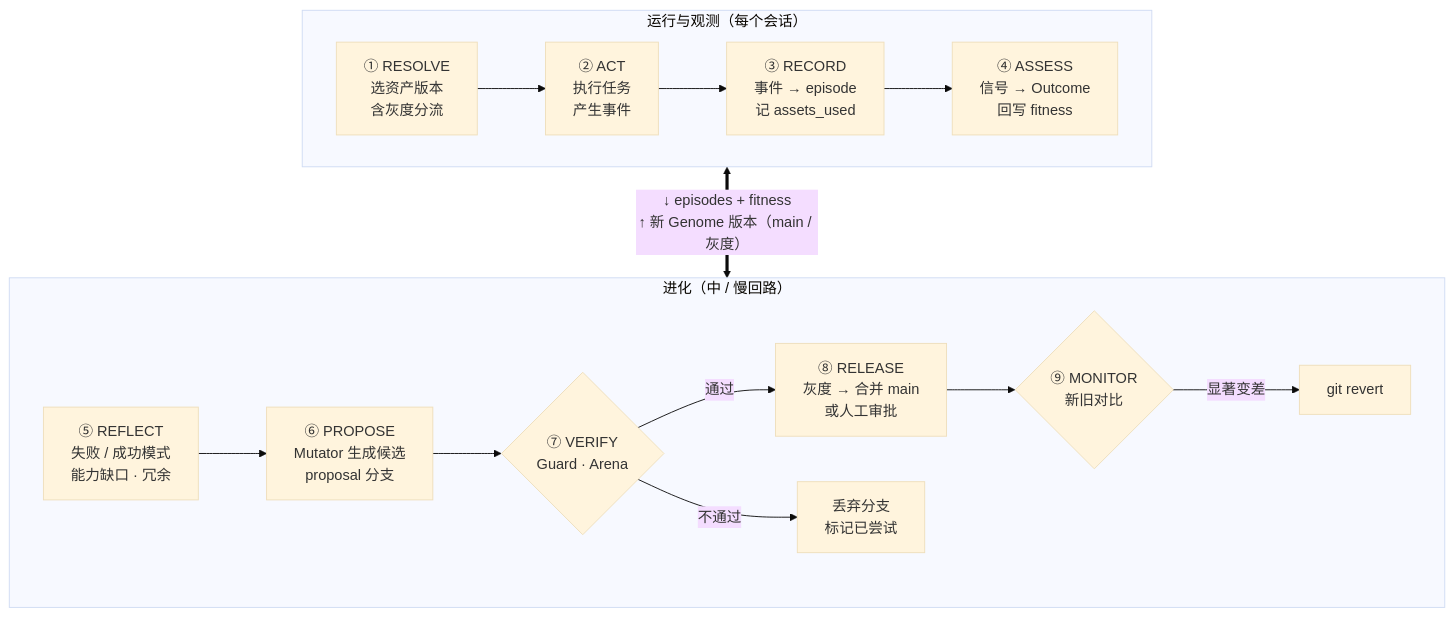
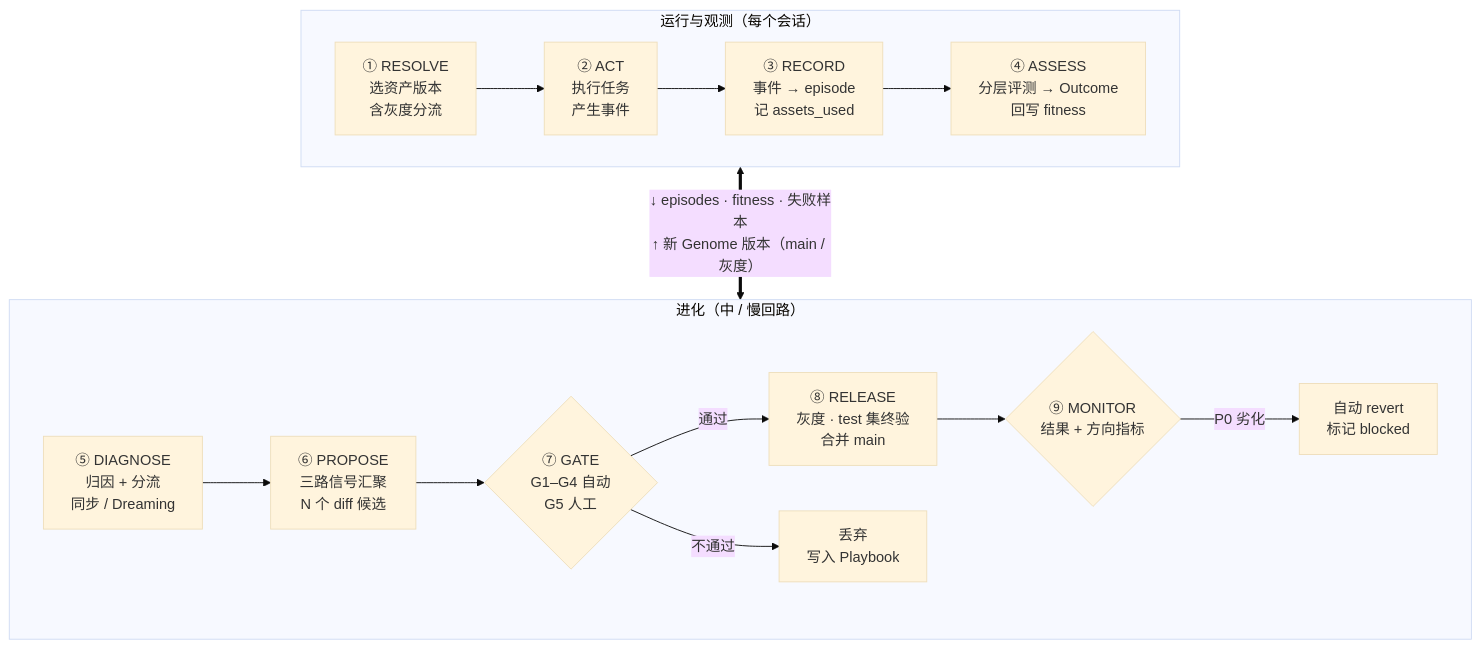
One commit to LB-Young/Auton changed the second of 12 diagrams in docs/self-evolution-architecture.md. Above: the diagram before and after it, drawn with Mermaid (base theme). The commit also changed other lines of this file, not shown here.

````diff
--- a/docs/self-evolution-architecture.md
+++ b/docs/self-evolution-architecture.md
@@ -66,15 +93,15 @@
 ```mermaid
 flowchart TB
   subgraph ROW1["运行与观测（每个会话）"]
     direction LR
-    R["① RESOLVE<br/>选资产版本<br/>含灰度分流"] --> A["② ACT<br/>执行任务<br/>产生事件"] --> RC["③ RECORD<br/>事件 → episode<br/>记 assets_used"] --> AS["④ ASSESS<br/>信号 → Outcome<br/>回写 fitness"]
+    R["① RESOLVE<br/>选资产版本<br/>含灰度分流"] --> A["② ACT<br/>执行任务<br/>产生事件"] --> RC["③ RECORD<br/>事件 → episode<br/>记 assets_used"] --> AS["④ ASSESS<br/>分层评测 → Outcome<br/>回写 fitness"]
   end
   subgraph ROW2["进化（中 / 慢回路）"]
     direction LR
-    RF["⑤ REFLECT<br/>失败 / 成功模式<br/>能力缺口 · 冗余"] --> P["⑥ PROPOSE<br/>Mutator 生成候选<br/>proposal 分支"] --> V{"⑦ VERIFY<br/>Guard · Arena"}
-    V -->|通过| RL["⑧ RELEASE<br/>灰度 → 合并 main<br/>或人工审批"] --> M{"⑨ MONITOR<br/>新旧对比"}
-    V -->|不通过| X["丢弃分支<br/>标记已尝试"]
-    M -->|显著变差| RB["git revert"]
+    RF["⑤ DIAGNOSE<br/>归因 + 分流<br/>同步 / Dreaming"] --> P["⑥ PROPOSE<br/>三路信号汇聚<br/>N 个 diff 候选"] --> V{"⑦ GATE<br/>G1–G4 自动<br/>G5 人工"}
+    V -->|通过| RL["⑧ RELEASE<br/>灰度 · test 集终验<br/>合并 main"] --> M{"⑨ MONITOR<br/>结果 + 方向指标"}
+    V -->|不通过| X["丢弃<br/>写入 Playbook"]
+    M -->|P0 劣化| RB["自动 revert<br/>标记 blocked"]
   end
-  ROW1 <==>|"↓ episodes + fitness<br/>↑ 新 Genome 版本（main / 灰度）"| ROW2
+  ROW1 <==>|"↓ episodes · fitness · 失败样本<br/>↑ 新 Genome 版本（main / 灰度）"| ROW2
 ```
````
